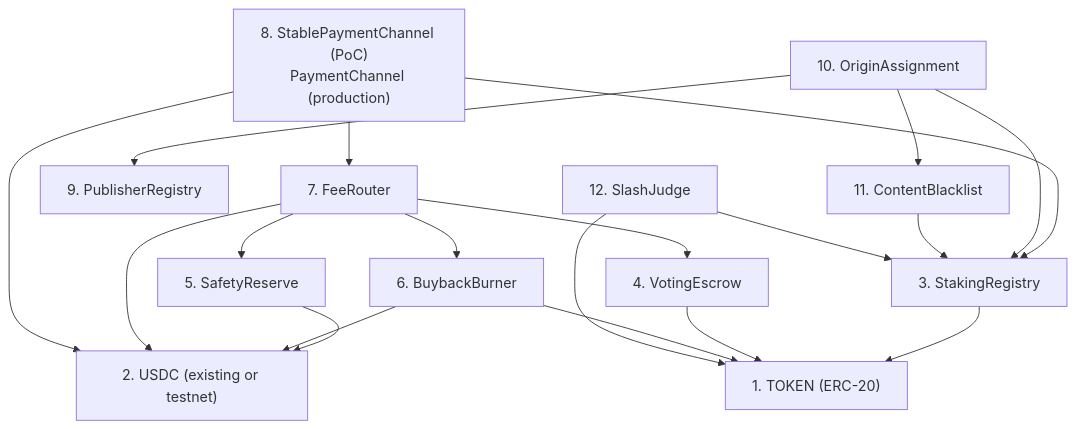
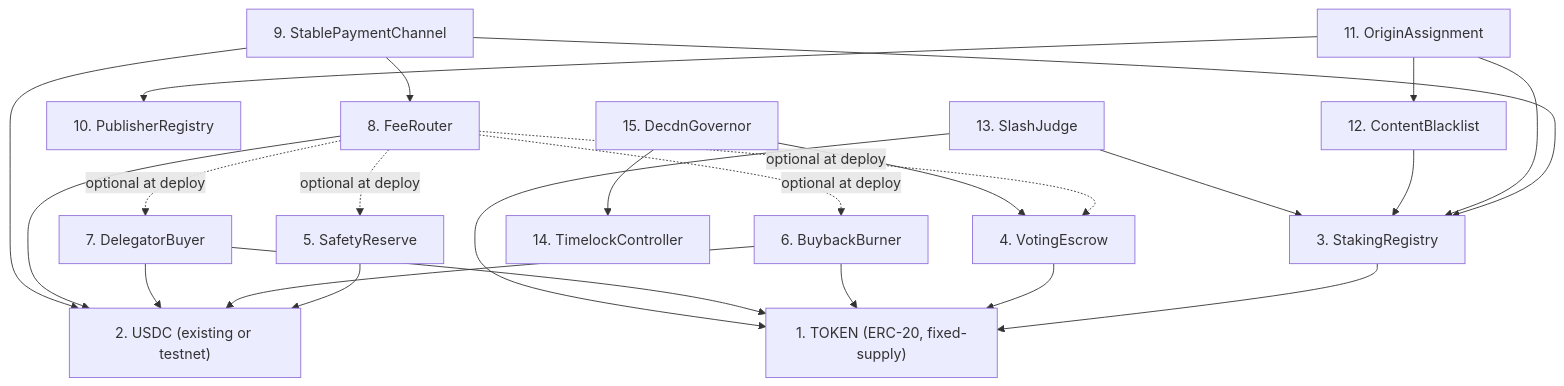
Before and after one commit to decdn/decdn: the second of 5 diagrams in adr/016-contract-interactions.md, drawn with Mermaid. The commit also changed other lines of this file and 5 other files, not shown here.

````diff
--- a/adr/016-contract-interactions.md
+++ b/adr/016-contract-interactions.md
@@ -108,34 +127,42 @@
 ```mermaid
 graph TD
-    TOKEN["1. TOKEN (ERC-20)"]
+    TOKEN["1. TOKEN (ERC-20, fixed-supply)"]
     USDC["2. USDC (existing or testnet)"]
     SR["3. StakingRegistry"]
     VE["4. VotingEscrow"]
     SAFE["5. SafetyReserve"]
     BB["6. BuybackBurner"]
-    FR["7. FeeRouter"]
-    SPC["8. StablePaymentChannel (PoC)<br/>PaymentChannel (production)"]
-    PR["9. PublisherRegistry"]
-    OA["10. OriginAssignment"]
-    CB["11. ContentBlacklist"]
-    SJ["12. SlashJudge"]
+    DB["7. DelegatorBuyer"]
+    FR["8. FeeRouter"]
+    SPC["9. StablePaymentChannel"]
+    PR["10. PublisherRegistry"]
+    OA["11. OriginAssignment"]
+    CB["12. ContentBlacklist"]
+    SJ["13. SlashJudge"]
+    TL["14. TimelockController"]
+    GOV["15. DecdnGovernor"]
 
     SR --> TOKEN
     VE --> TOKEN
     SAFE --> USDC
     BB --> TOKEN
     BB --> USDC
+    DB --> TOKEN
+    DB --> USDC
     FR --> USDC
-    FR --> BB
-    FR --> SAFE
-    FR --> VE
+    FR -.->|"optional at deploy"| BB
+    FR -.->|"optional at deploy"| SAFE
+    FR -.->|"optional at deploy"| VE
+    FR -.->|"optional at deploy"| DB
     SPC --> USDC
     SPC --> SR
     SPC --> FR
     OA --> SR
     OA --> PR
     OA --> CB
     CB --> SR
     SJ --> SR
     SJ --> TOKEN
+    GOV --> VE
+    GOV --> TL
 ```
````
